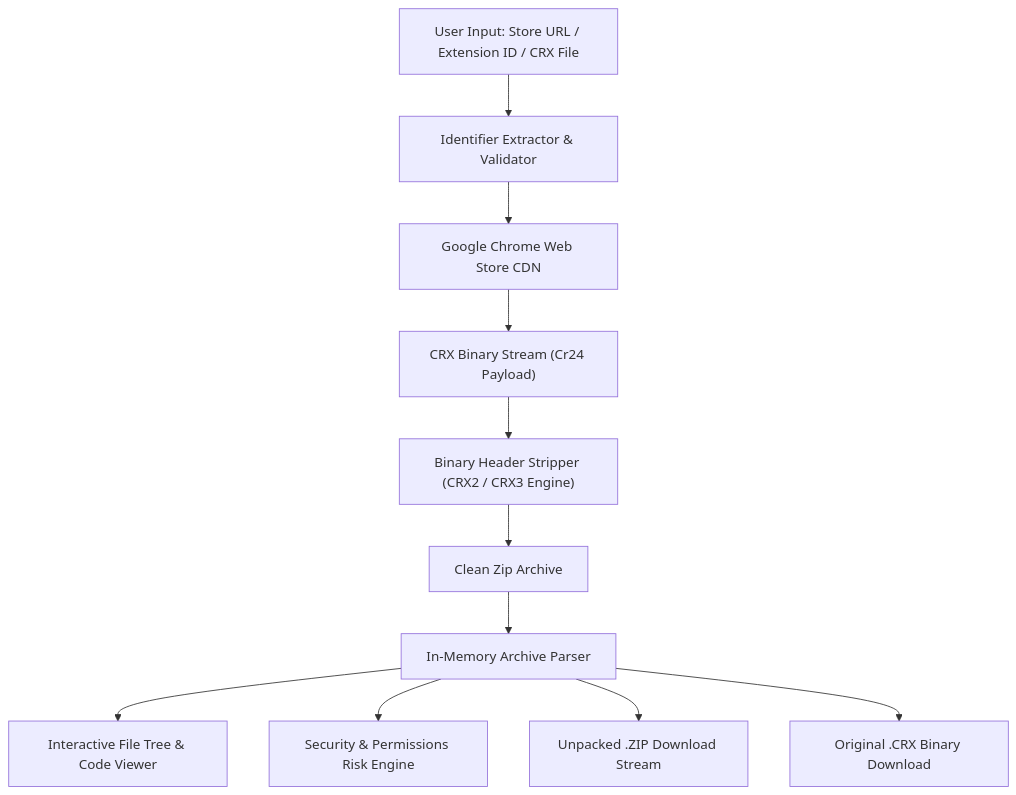
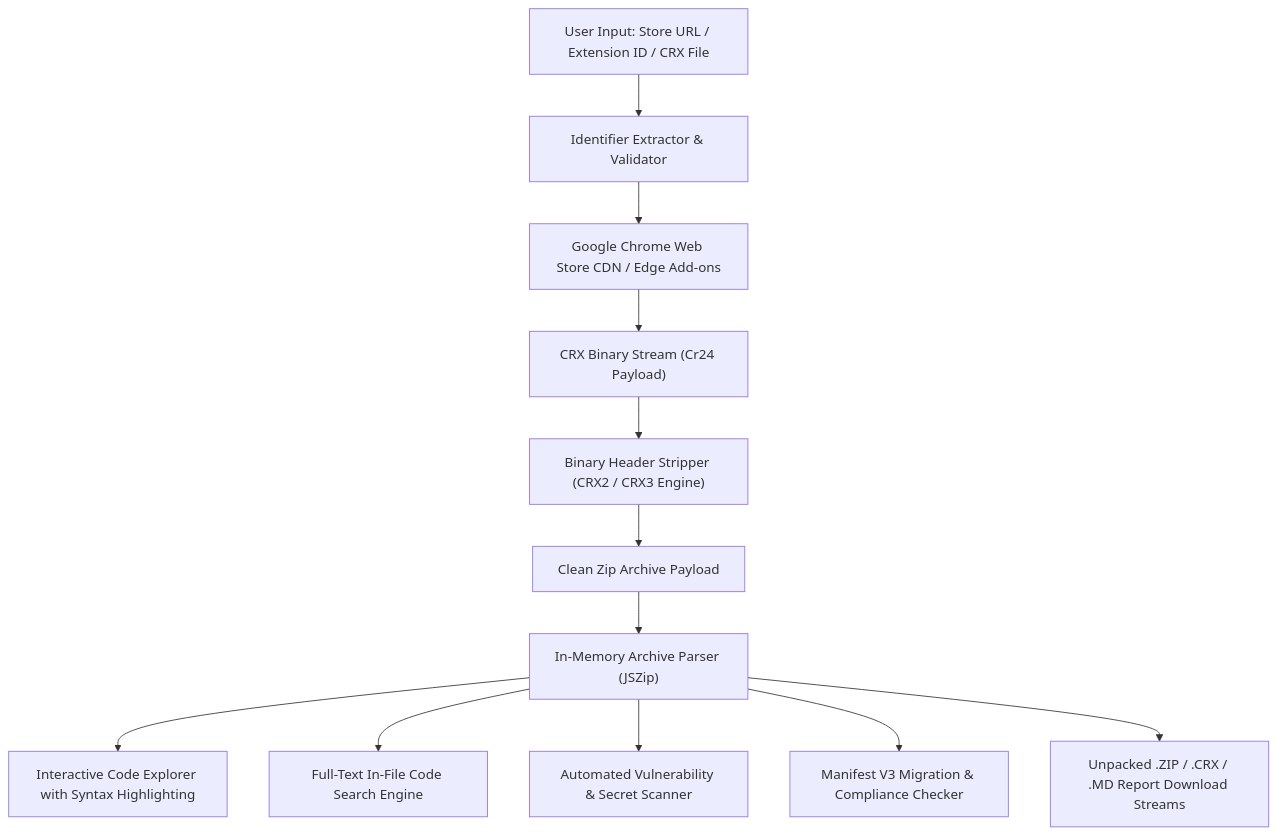
The diagram in README.md (jojin1709/crx-extractor), drawn with Mermaid before and after one commit. The commit also changed other lines of this file, not shown here.

Commit message:
docs: update README with comprehensive v2.0 PRO security analysis, code search, and architecture docs

````diff
--- a/README.md
+++ b/README.md
@@ -77,13 +114,14 @@
 ```mermaid
 flowchart TD
     A["User Input: Store URL / Extension ID / CRX File"] --> B["Identifier Extractor & Validator"]
-    B --> C["Google Chrome Web Store CDN"]
+    B --> C["Google Chrome Web Store CDN / Edge Add-ons"]
     C --> D["CRX Binary Stream (Cr24 Payload)"]
     D --> E["Binary Header Stripper (CRX2 / CRX3 Engine)"]
-    E --> F["Clean Zip Archive"]
-    F --> G["In-Memory Archive Parser"]
-    G --> H1["Interactive File Tree & Code Viewer"]
-    G --> H2["Security & Permissions Risk Engine"]
-    G --> H3["Unpacked .ZIP Download Stream"]
-    G --> H4["Original .CRX Binary Download"]
+    E --> F["Clean Zip Archive Payload"]
+    F --> G["In-Memory Archive Parser (JSZip)"]
+    G --> H1["Interactive Code Explorer with Syntax Highlighting"]
+    G --> H2["Full-Text In-File Code Search Engine"]
+    G --> H3["Automated Vulnerability & Secret Scanner"]
+    G --> H4["Manifest V3 Migration & Compliance Checker"]
+    G --> H5["Unpacked .ZIP / .CRX / .MD Report Download Streams"]
 ```
````
